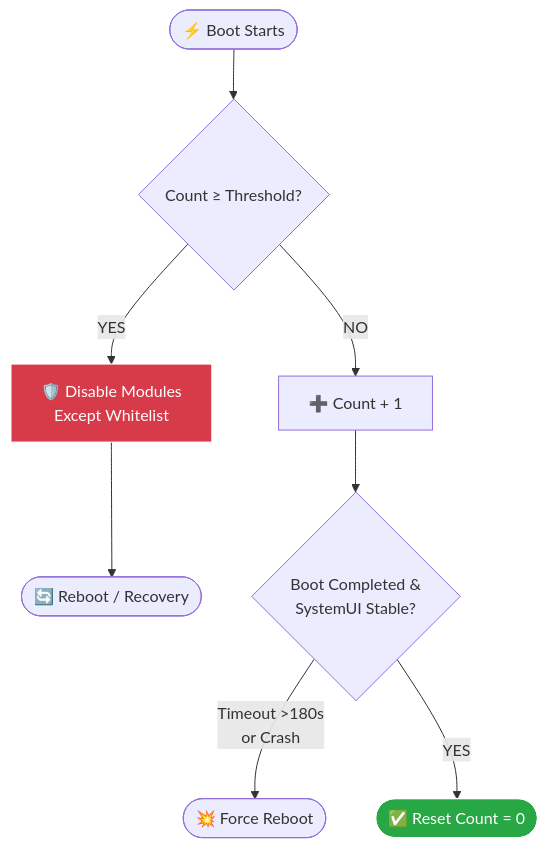
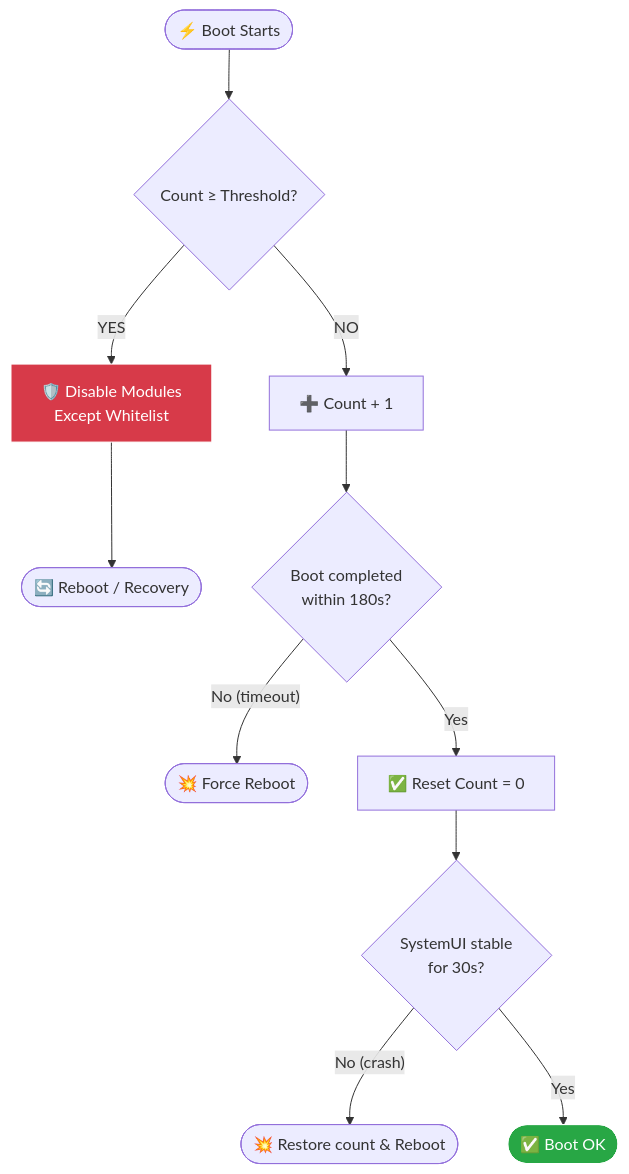
One commit to hhd-z/Antibootloop changed the second of 2 diagrams in README.md. Above: the diagram before and after it, drawn with Mermaid. The commit also changed other lines of this file, not shown here.

````diff
--- a/README.md
+++ b/README.md
@@ -346,13 +344,16 @@
 ```mermaid
 flowchart TD
     A([⚡ Boot Starts]) --> B{Count ≥ Threshold?}
-    B -- YES --> C[🛡️ Disable Modules<br/>Except Whitelist]
+    B -- "YES" --> C[🛡️ Disable Modules<br/>Except Whitelist]
     C --> D([🔄 Reboot / Recovery])
-    B -- NO --> E[➕ Count + 1]
-    E --> F{Boot Completed &<br/>SystemUI Stable?}
-    F -- Timeout >180s<br/>or Crash --> G([💥 Force Reboot])
-    F -- YES --> H([✅ Reset Count = 0])
+    B -- "NO" --> E[➕ Count + 1]
+    E --> F{Boot completed<br/>within 180s?}
+    F -- "No (timeout)" --> G([💥 Force Reboot])
+    F -- "Yes" --> R[✅ Reset Count = 0]
+    R --> S{SystemUI stable<br/>for 30s?}
+    S -- "No (crash)" --> T([💥 Restore count & Reboot])
+    S -- "Yes" --> H([✅ Boot OK])
 
     style C fill:#d73a49,stroke:#fff,color:#fff
     style H fill:#28a745,stroke:#fff,color:#fff
 ```
````
